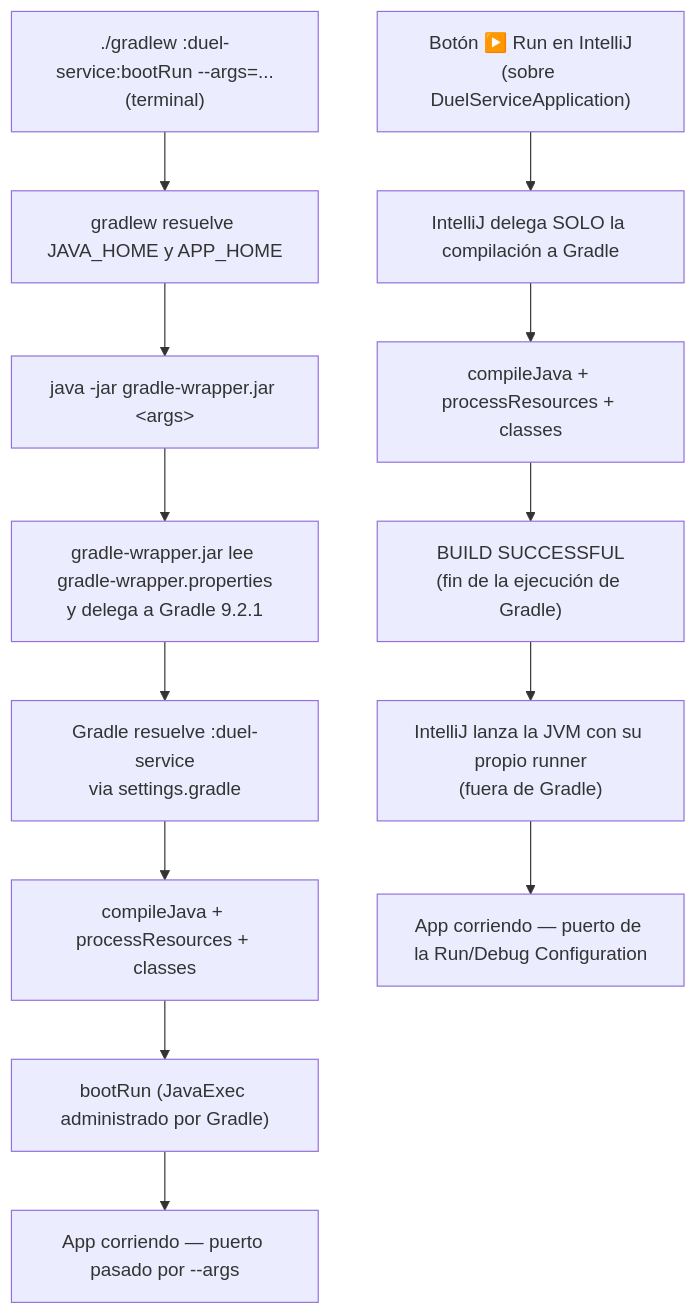
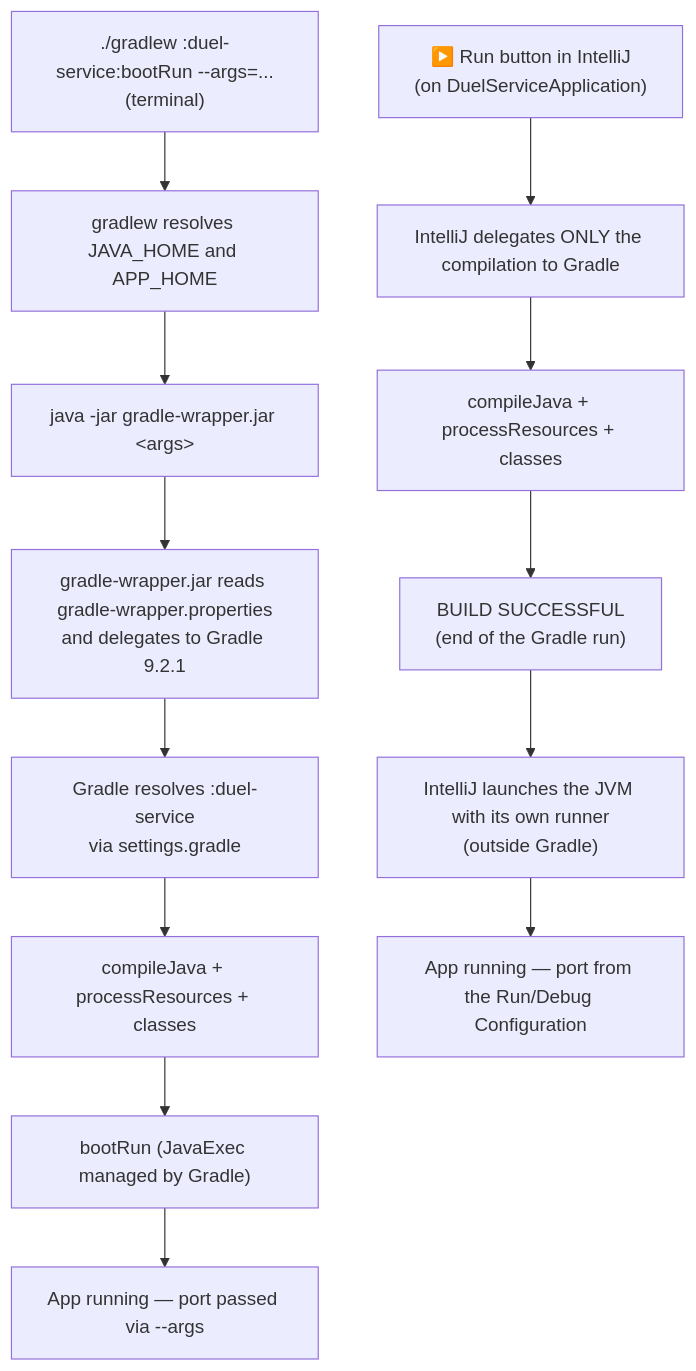
Before and after one commit to aabse/hogwarts-backend: the diagram in BUILD_DEPLOY_DOCS/10_bootrun_vs_ide_execution.md, drawn with Mermaid. The commit also changed other lines of this file and 15 other files, not shown here.

````diff
--- a/BUILD_DEPLOY_DOCS/10_bootrun_vs_ide_execution.md
+++ b/BUILD_DEPLOY_DOCS/10_bootrun_vs_ide_execution.md
@@ -47,16 +47,16 @@
 ```mermaid
 flowchart TD
-    A["./gradlew :duel-service:bootRun --args=...<br/>(terminal)"] --> A1[gradlew resuelve JAVA_HOME y APP_HOME]
+    A["./gradlew :duel-service:bootRun --args=...<br/>(terminal)"] --> A1[gradlew resolves JAVA_HOME and APP_HOME]
     A1 --> A2["java -jar gradle-wrapper.jar &lt;args&gt;"]
-    A2 --> A3["gradle-wrapper.jar lee gradle-wrapper.properties<br/>y delega a Gradle 9.2.1"]
-    A3 --> A4["Gradle resuelve :duel-service<br/>via settings.gradle"]
+    A2 --> A3["gradle-wrapper.jar reads gradle-wrapper.properties<br/>and delegates to Gradle 9.2.1"]
+    A3 --> A4["Gradle resolves :duel-service<br/>via settings.gradle"]
     A4 --> A5["compileJava + processResources + classes"]
-    A5 --> A6["bootRun (JavaExec administrado por Gradle)"]
-    A6 --> A7[App corriendo — puerto pasado por --args]
+    A5 --> A6["bootRun (JavaExec managed by Gradle)"]
+    A6 --> A7[App running — port passed via --args]
 
-    B["Botón ▶️ Run en IntelliJ<br/>(sobre DuelServiceApplication)"] --> B1["IntelliJ delega SOLO la compilación a Gradle"]
+    B["▶️ Run button in IntelliJ<br/>(on DuelServiceApplication)"] --> B1["IntelliJ delegates ONLY the compilation to Gradle"]
     B1 --> B2["compileJava + processResources + classes"]
-    B2 --> B3["BUILD SUCCESSFUL<br/>(fin de la ejecución de Gradle)"]
-    B3 --> B4["IntelliJ lanza la JVM con su propio runner<br/>(fuera de Gradle)"]
-    B4 --> B5[App corriendo — puerto de la Run/Debug Configuration]
+    B2 --> B3["BUILD SUCCESSFUL<br/>(end of the Gradle run)"]
+    B3 --> B4["IntelliJ launches the JVM with its own runner<br/>(outside Gradle)"]
+    B4 --> B5[App running — port from the Run/Debug Configuration]
 ```
````
